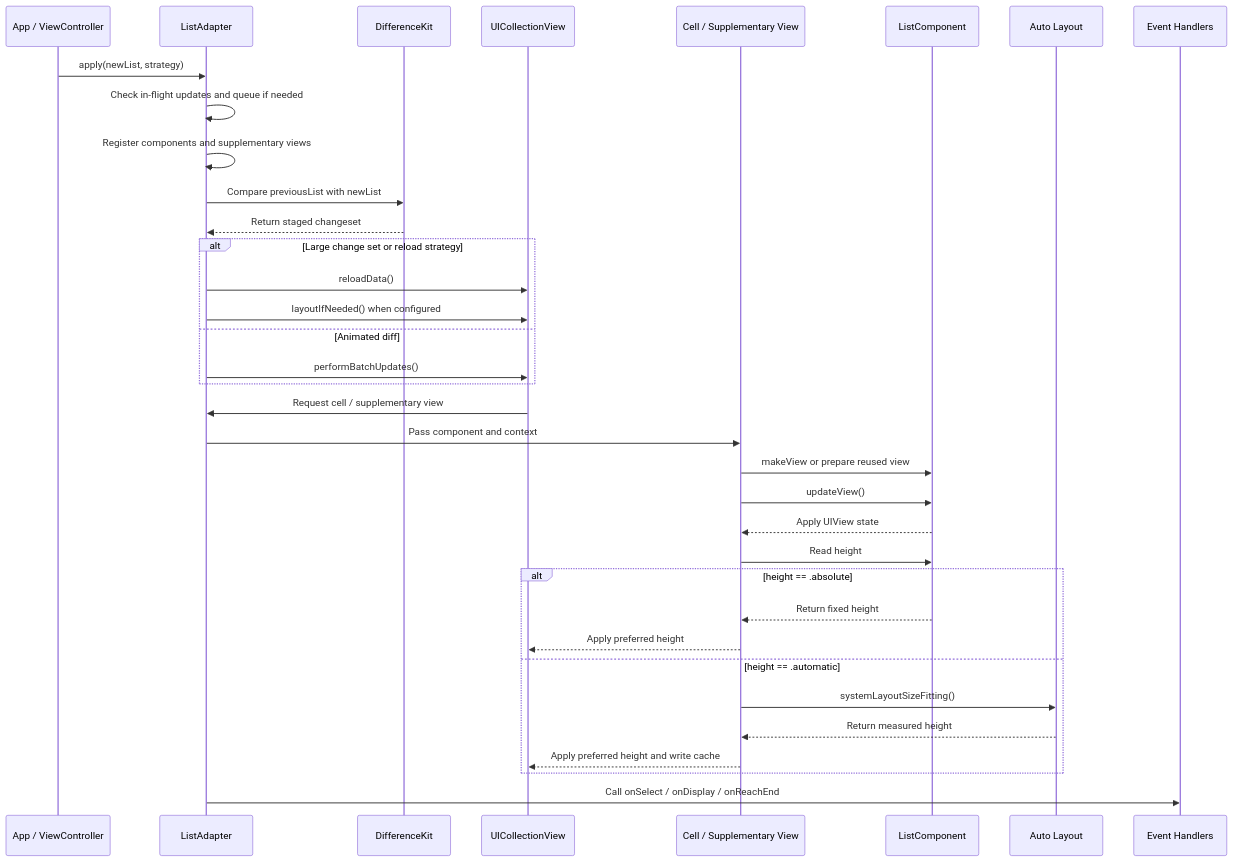
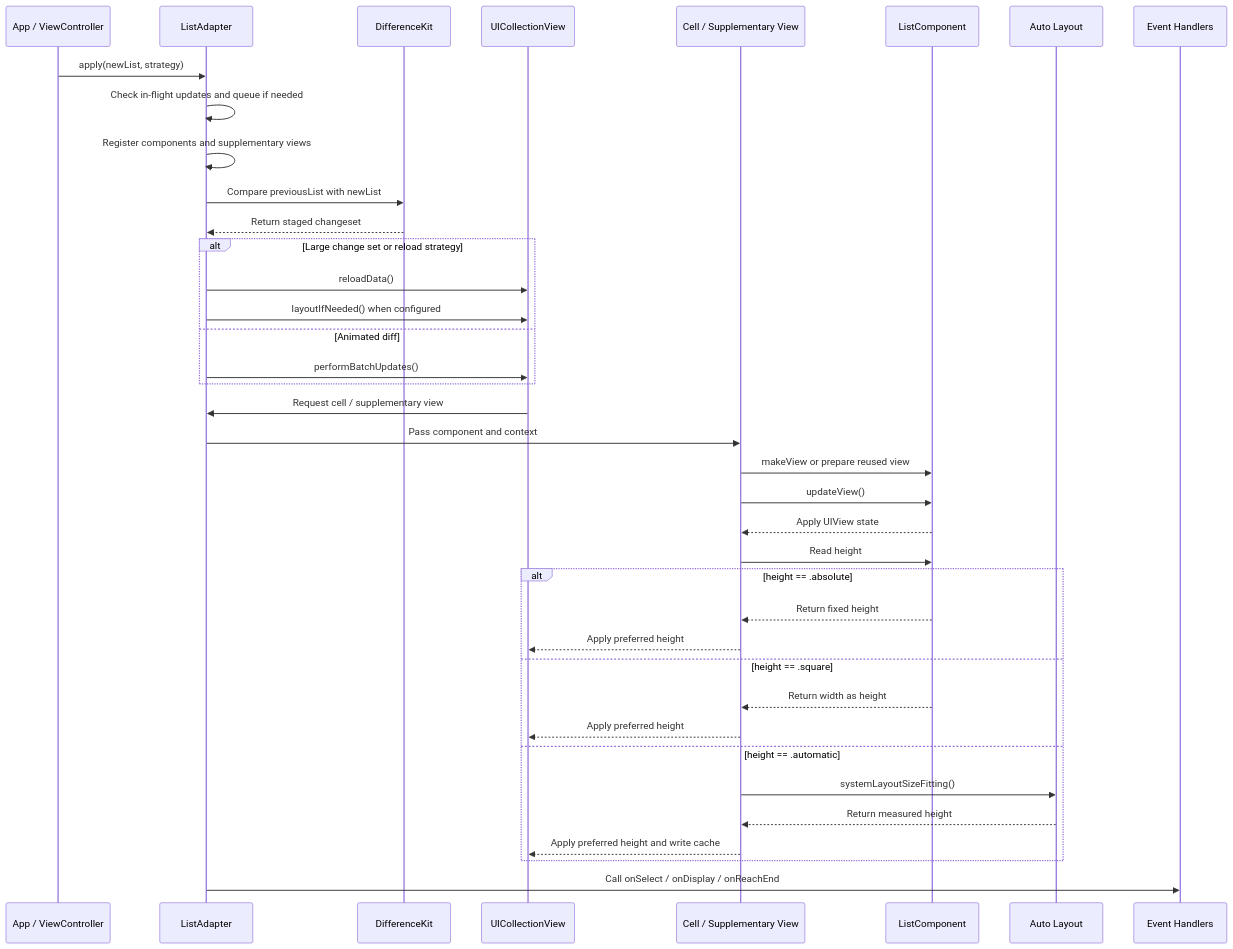
The second of 2 diagrams in README.en.md (indextrown/CarbonListKit), drawn with Mermaid before and after one commit. The commit also changed other lines of this file and 8 other files, not shown here.

````diff
--- a/README.en.md
+++ b/README.en.md
@@ -901,40 +907,43 @@
 ```mermaid
 sequenceDiagram
   participant App as App / ViewController
   participant Adapter as ListAdapter
   participant Diff as DifferenceKit
   participant CV as UICollectionView
   participant Cell as Cell / Supplementary View
   participant Component as ListComponent
   participant Layout as Auto Layout
   participant Event as Event Handlers
 
   App->>Adapter: apply(newList, strategy)
   Adapter->>Adapter: Check in-flight updates and queue if needed
   Adapter->>Adapter: Register components and supplementary views
   Adapter->>Diff: Compare previousList with newList
   Diff-->>Adapter: Return staged changeset
 
   alt Large change set or reload strategy
     Adapter->>CV: reloadData()
     Adapter->>CV: layoutIfNeeded() when configured
   else Animated diff
     Adapter->>CV: performBatchUpdates()
   end
 
   CV->>Adapter: Request cell / supplementary view
   Adapter->>Cell: Pass component and context
   Cell->>Component: makeView or prepare reused view
   Cell->>Component: updateView()
   Component-->>Cell: Apply UIView state
   Cell->>Component: Read height
   alt height == .absolute
     Component-->>Cell: Return fixed height
     Cell-->>CV: Apply preferred height
+  else height == .square
+    Component-->>Cell: Return width as height
+    Cell-->>CV: Apply preferred height
   else height == .automatic
     Cell->>Layout: systemLayoutSizeFitting()
     Layout-->>Cell: Return measured height
     Cell-->>CV: Apply preferred height and write cache
   end
   Adapter->>Event: Call onSelect / onDisplay / onReachEnd
 ```
````
